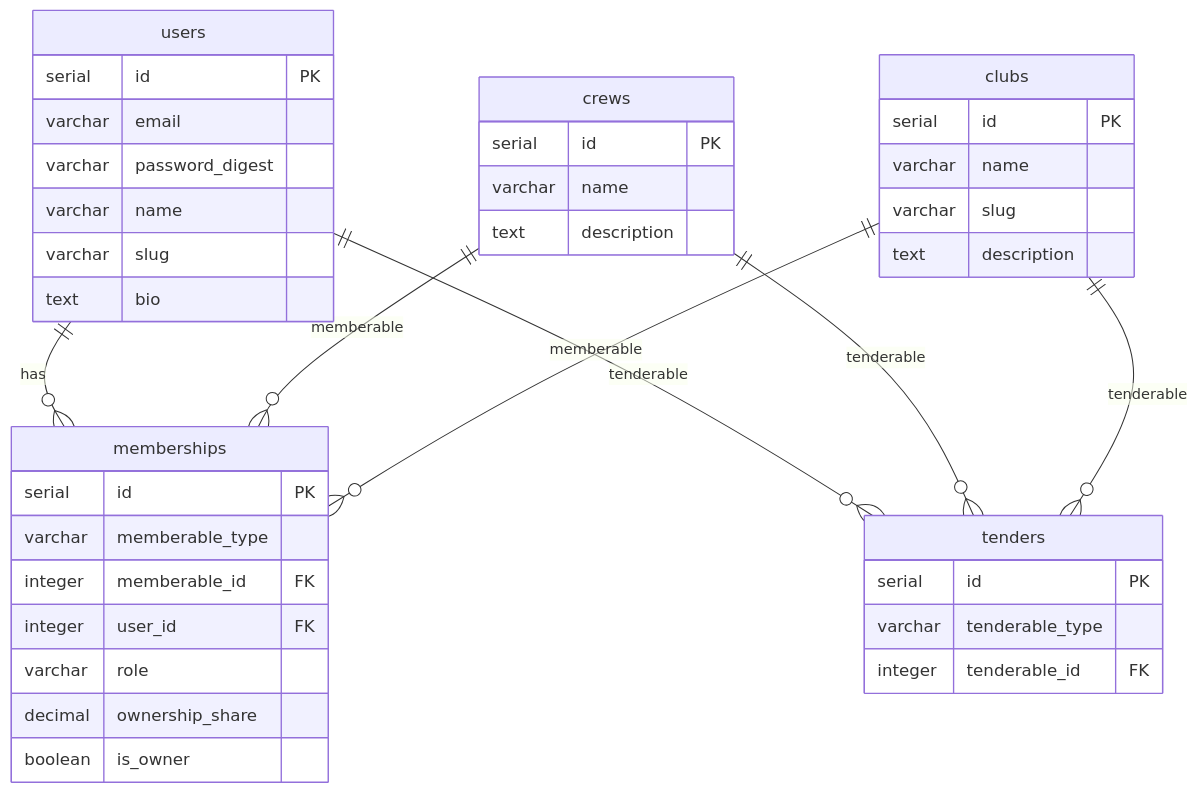
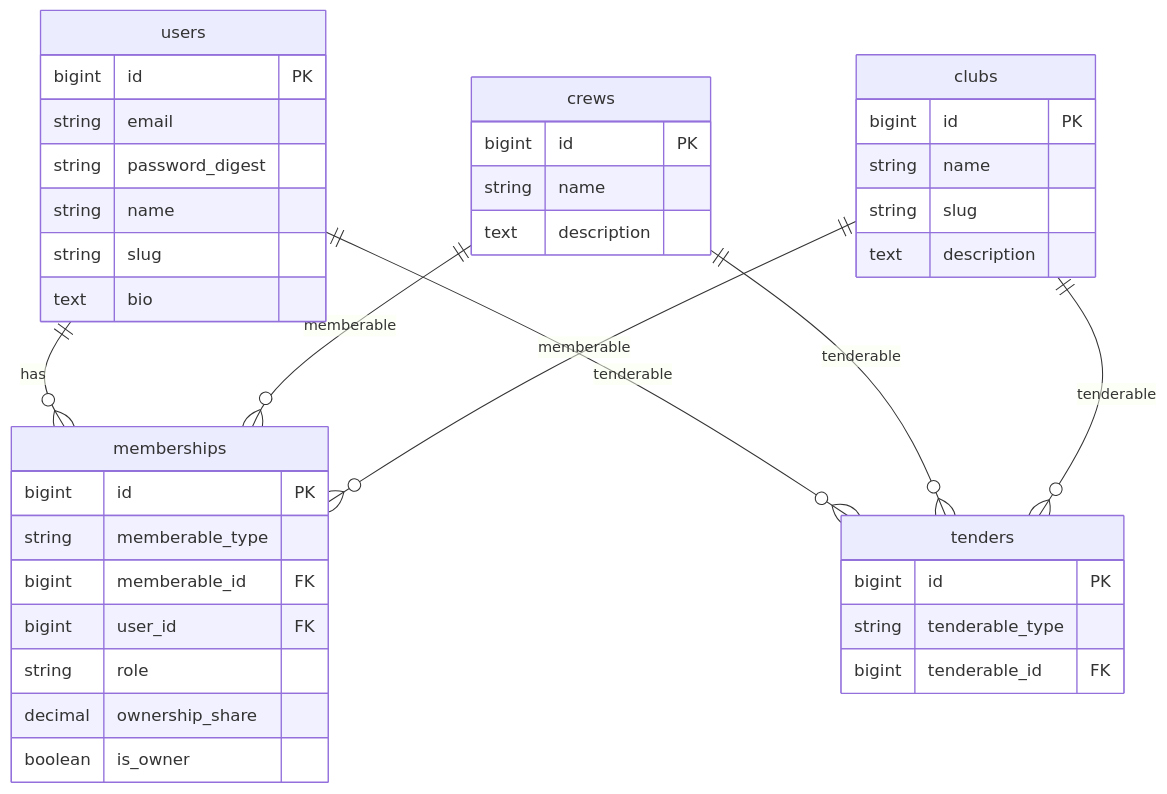
The second of 7 diagrams in .specs/schema.md (fcatuhe/crooz), drawn with Mermaid before and after one commit. The commit also changed other lines of this file, not shown here.

Commit message:
Use Ruby types (bigint, string, text, etc.)

````diff
--- a/.specs/schema.md
+++ b/.specs/schema.md
@@ -123,48 +123,48 @@
 ```mermaid
 erDiagram
     users {
-        serial id PK
-        varchar email
-        varchar password_digest
-        varchar name
-        varchar slug
+        bigint id PK
+        string email
+        string password_digest
+        string name
+        string slug
         text bio
     }
 
     crews {
-        serial id PK
-        varchar name
+        bigint id PK
+        string name
         text description
     }
 
     clubs {
-        serial id PK
-        varchar name
-        varchar slug
+        bigint id PK
+        string name
+        string slug
         text description
     }
 
     memberships {
-        serial id PK
-        varchar memberable_type
-        integer memberable_id FK
-        integer user_id FK
-        varchar role
+        bigint id PK
+        string memberable_type
+        bigint memberable_id FK
+        bigint user_id FK
+        string role
         decimal ownership_share
         boolean is_owner
     }
 
     tenders {
-        serial id PK
-        varchar tenderable_type
-        integer tenderable_id FK
+        bigint id PK
+        string tenderable_type
+        bigint tenderable_id FK
     }
 
     users ||--o{ memberships : "has"
     crews ||--o{ memberships : "memberable"
     clubs ||--o{ memberships : "memberable"
 
     users ||--o{ tenders : "tenderable"
     crews ||--o{ tenders : "tenderable"
     clubs ||--o{ tenders : "tenderable"
 ```
````
